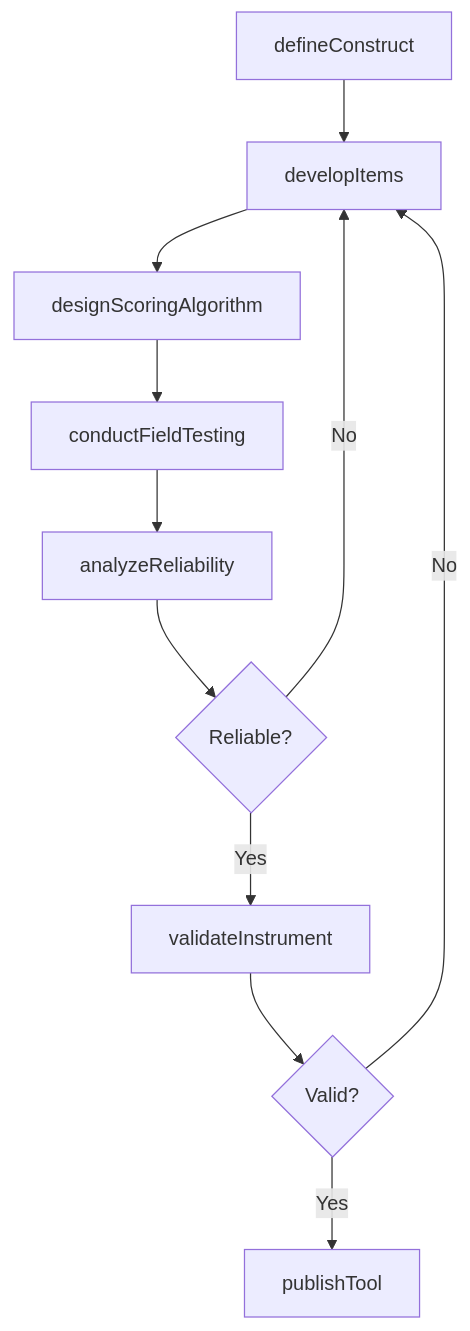
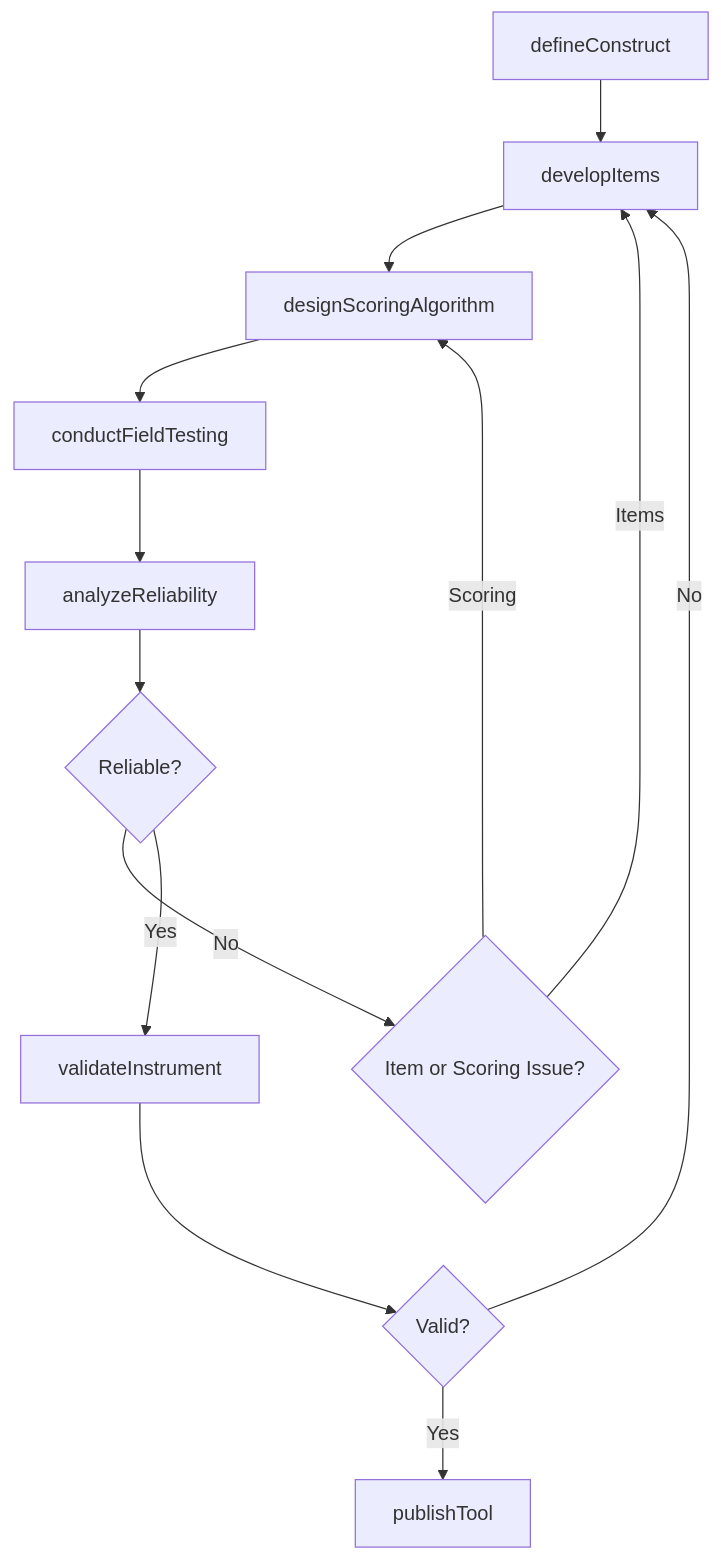
Before and after one commit to dot-org-ai/tasks.org.ai: the third of 4 diagrams in ThinkingCreatively/DevelopHealthAssessmentMethodsOrPrograms/DevelopToolsDiagnoseAssessNeeds.mdx, drawn with Mermaid. The commit also changed other lines of this file and 504 other files, not shown here.

First line of the commit message:
feat: Add ER diagrams, state diagrams, and workflow improvements to 96 DWA task files

````diff
--- a/ThinkingCreatively/DevelopHealthAssessmentMethodsOrPrograms/DevelopToolsDiagnoseAssessNeeds.mdx
+++ b/ThinkingCreatively/DevelopHealthAssessmentMethodsOrPrograms/DevelopToolsDiagnoseAssessNeeds.mdx
@@ -89,13 +120,15 @@
 ```mermaid
 graph TD
     A[defineConstruct] --> B[developItems]
     B --> C[designScoringAlgorithm]
     C --> D[conductFieldTesting]
     D --> E[analyzeReliability]
     E --> F{Reliable?}
-    F -->|No| B
-    F -->|Yes| G[validateInstrument]
-    G --> H{Valid?}
-    H -->|No| B
-    H -->|Yes| I[publishTool]
+    F -->|No| G{Item or Scoring Issue?}
+    G -->|Items| B
+    G -->|Scoring| C
+    F -->|Yes| H[validateInstrument]
+    H --> I{Valid?}
+    I -->|No| B
+    I -->|Yes| J[publishTool]
 ```
````
